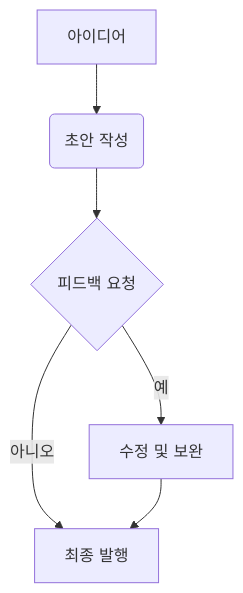
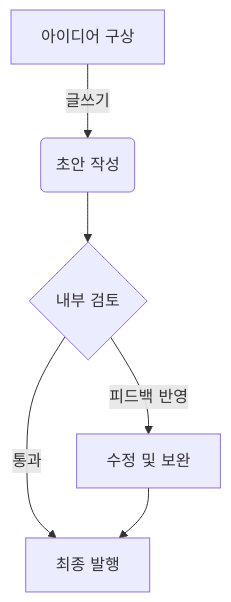
The diagram in src/content/blog/008. Astro 블로그 성능 최적화 가이드.md (IISweetHeartII/My_Website_Astro), drawn with Mermaid before and after one commit. The commit also changed other lines of this file and 22 other files, not shown here.

````diff
--- a/src/content/blog/008. Astro 블로그 성능 최적화 가이드.md
+++ b/src/content/blog/008. Astro 블로그 성능 최적화 가이드.md
@@ -85,8 +78,8 @@
 ```mermaid
 graph TD;
-    A[아이디어] --> B(초안 작성);
-    B --> C{피드백 요청};
-    C -- 예 --> D[수정 및 보완];
-    C -- 아니오 --> E[최종 발행];
+    A[아이디어 구상] -->|글쓰기| B(초안 작성);
+    B --> C{내부 검토};
+    C -- 피드백 반영 --> D[수정 및 보완];
+    C -- 통과 --> E[최종 발행];
     D --> E;
 ```
````
